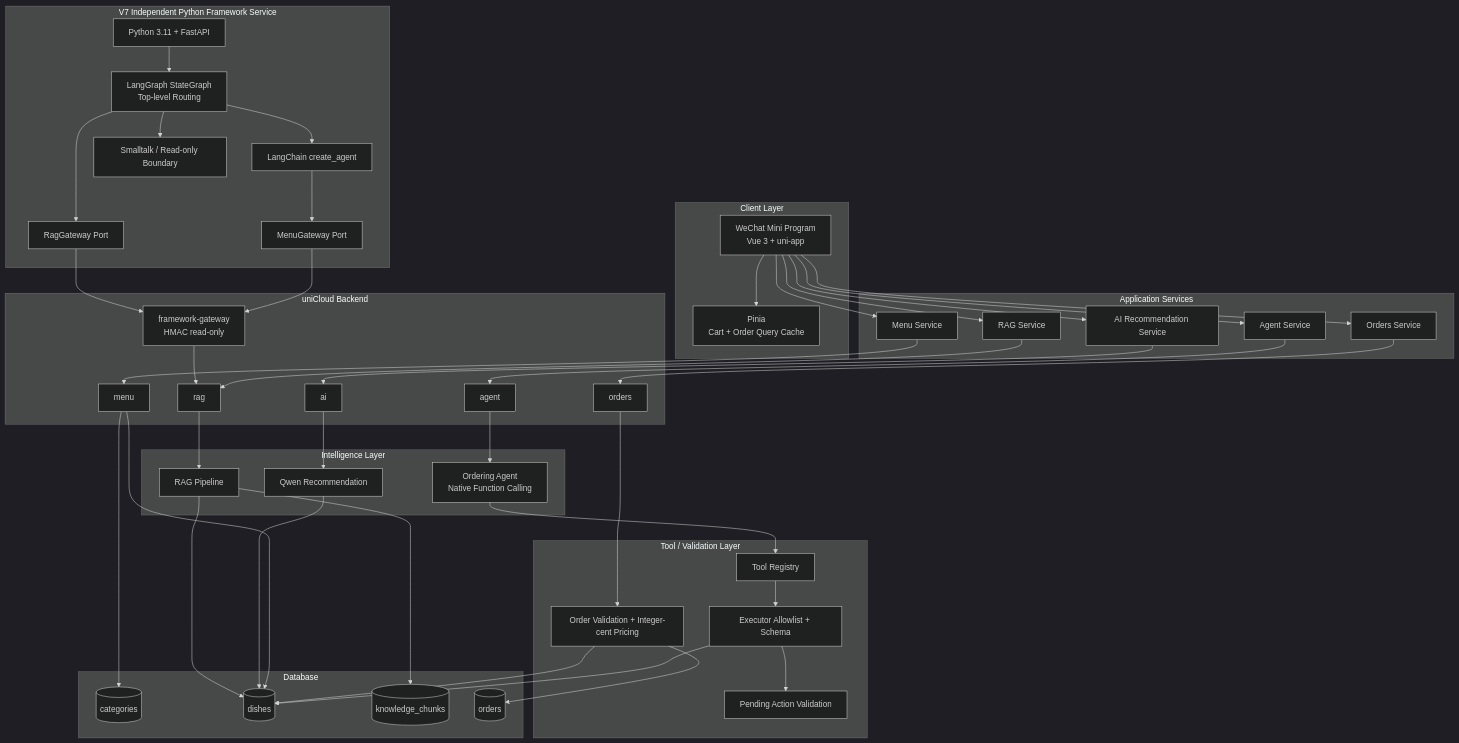
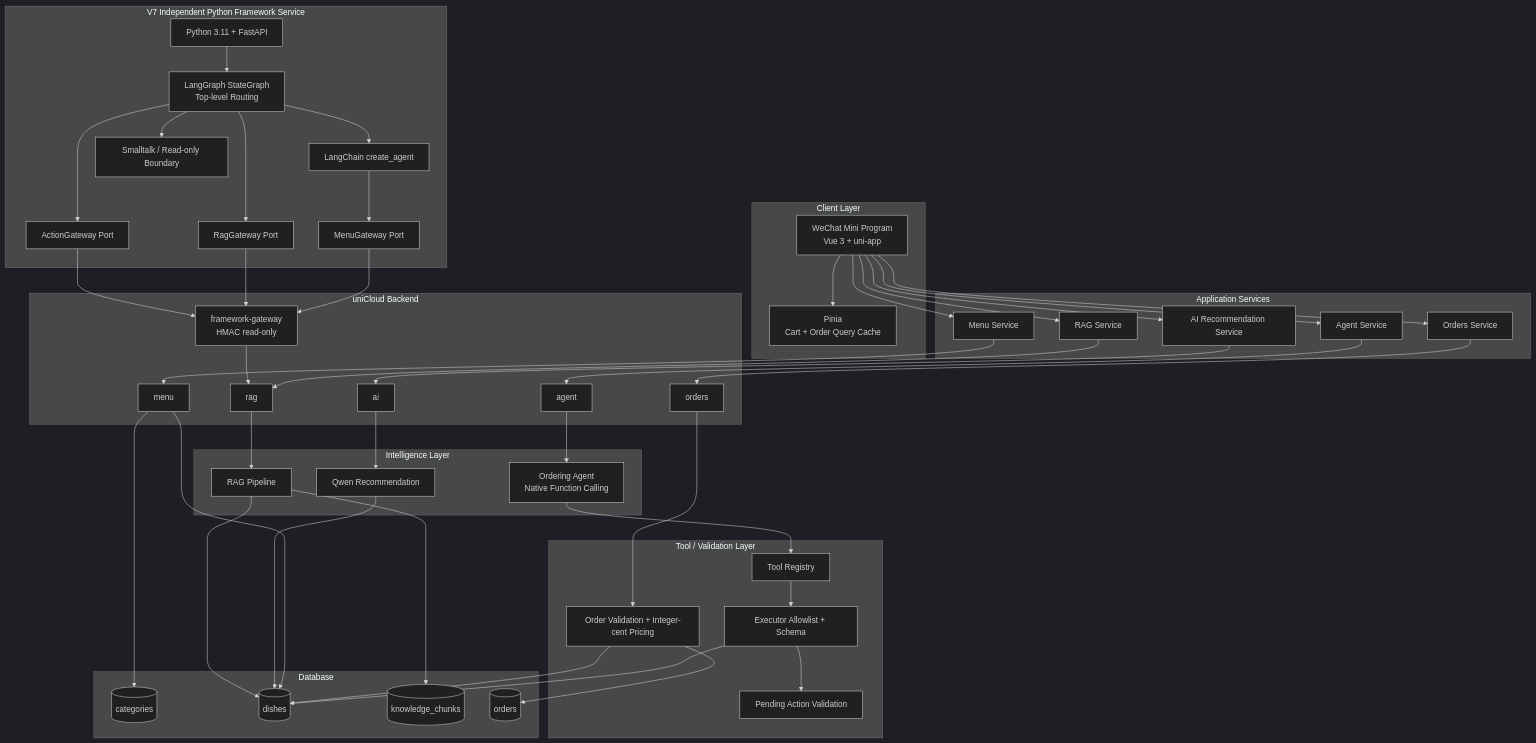
The first of 3 diagrams in docs/ARCHITECTURE.md (LI-ZONGRUI/smart-ordering-agent), drawn with Mermaid (dark theme) before and after one commit. The commit also changed other lines of this file and 22 other files, not shown here.

```diff
--- a/docs/ARCHITECTURE.md
+++ b/docs/ARCHITECTURE.md
@@ -57,10 +60,12 @@
     LC[LangChain create_agent]
     GW[MenuGateway Port]
     RGW[RagGateway Port]
+    AGW[ActionGateway Port]
     SMALL[Smalltalk / Read-only Boundary]
     FASTAPI --> LG
     LG --> LC --> GW
     LG --> RGW
+    LG --> AGW
     LG --> SMALL
   end
 
@@ -100,6 +105,7 @@
   OS --> ORD
   GW --> FGW
   RGW --> FGW
+  AGW --> FGW
   FGW --> RAGOBJ
 
   AI --> REC
```
